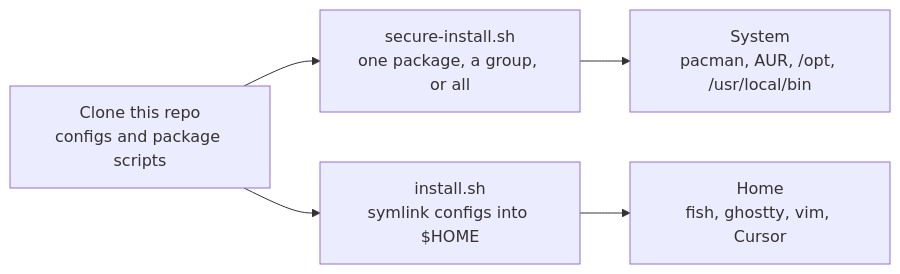
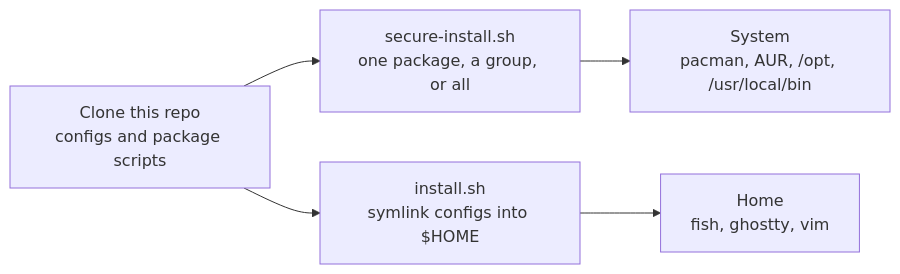
The diagram in README.md (yelenkovsky/dotfiles), drawn with Mermaid before and after one commit. The commit also changed other lines of this file and 8 other files, not shown here.

````diff
--- a/README.md
+++ b/README.md
@@ -5,11 +5,11 @@
 ```mermaid
 flowchart LR
   clone["Clone this repo<br/>configs and package scripts"]
   secure["secure-install.sh<br/>one package, a group, or all"]
   link["install.sh<br/>symlink configs into $HOME"]
   system["System<br/>pacman, AUR, /opt, /usr/local/bin"]
-  home["Home<br/>fish, ghostty, vim, Cursor"]
+  home["Home<br/>fish, ghostty, vim"]
 
   clone --> secure --> system
   clone --> link --> home
 ```
````
